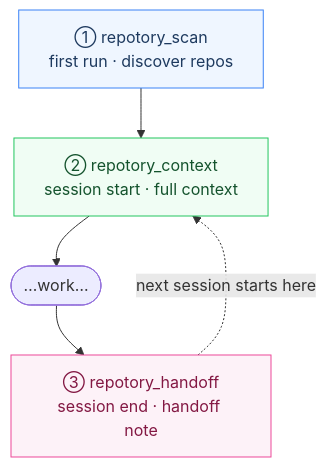
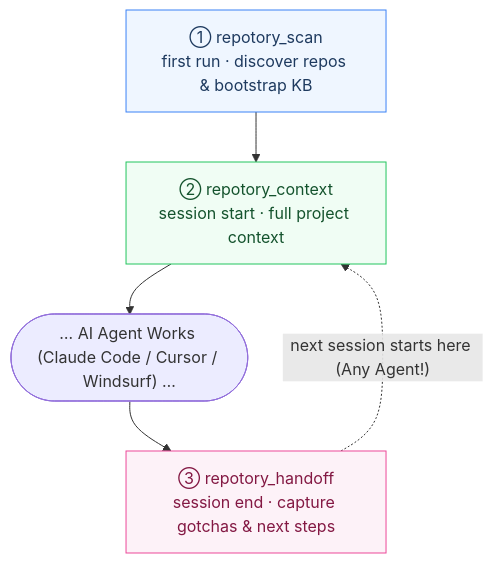
The diagram in README.md (sky-jiangcheng/repotory), drawn with Mermaid before and after one commit. The commit also changed other lines of this file and 3 other files, not shown here.

````diff
--- a/README.md
+++ b/README.md
@@ -88,13 +92,14 @@
 ```mermaid
 flowchart TB
-    SCAN["① repotory_scan<br/>first run · discover repos"] --> CTX["② repotory_context<br/>session start · full context"]
-    CTX --> WORK(["…work…"])
-    WORK --> HAND["③ repotory_handoff<br/>session end · handoff note"]
-    HAND -.->|"next session starts here"| CTX
+    SCAN["① repotory_scan<br/>first run · discover repos & bootstrap KB"] --> CTX["② repotory_context<br/>session start · full project context"]
+    CTX --> WORK(["… AI Agent Works (Claude Code / Cursor / Windsurf) …"])
+    WORK --> HAND["③ repotory_handoff<br/>session end · capture gotchas & next steps"]
+    HAND -.->|"next session starts here (Any Agent!)"| CTX
+
     classDef entry fill:#eff6ff,stroke:#3b82f6,color:#1e3a5f
     classDef ctx fill:#f0fdf4,stroke:#22c55e,color:#14532d
     classDef rec fill:#fdf2f8,stroke:#ec4899,color:#831843
     class SCAN entry
     class CTX ctx
     class HAND rec
 ```
````
